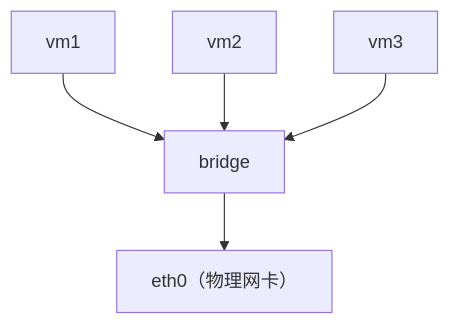
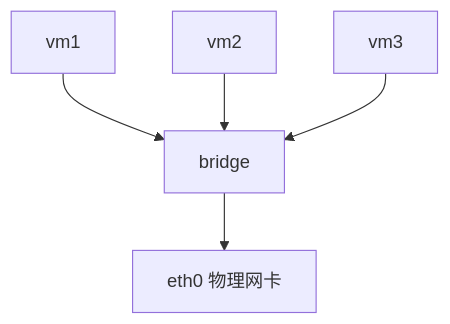
One commit to jpixy/jpixy.github.io changed the first of 4 diagrams in content/articles/networking/net-12-网络虚拟化技术.md. Above: the diagram before and after it, drawn with Mermaid. The commit also changed other lines of this file and 66 other files, not shown here.

Commit message:
fix: resolve Mermaid syntax errors by removing parentheses in node labels

````diff
--- a/content/articles/networking/net-12-网络虚拟化技术.md
+++ b/content/articles/networking/net-12-网络虚拟化技术.md
@@ -60,7 +60,7 @@
 ```mermaid
 graph TB
     VM1[vm1] --> Bridge
     VM2[vm2] --> Bridge
     VM3[vm3] --> Bridge
-    Bridge[bridge] --> ETH0["eth0（物理网卡）"]
+    Bridge[bridge] --> ETH0["eth0 物理网卡"]
 ```
````
